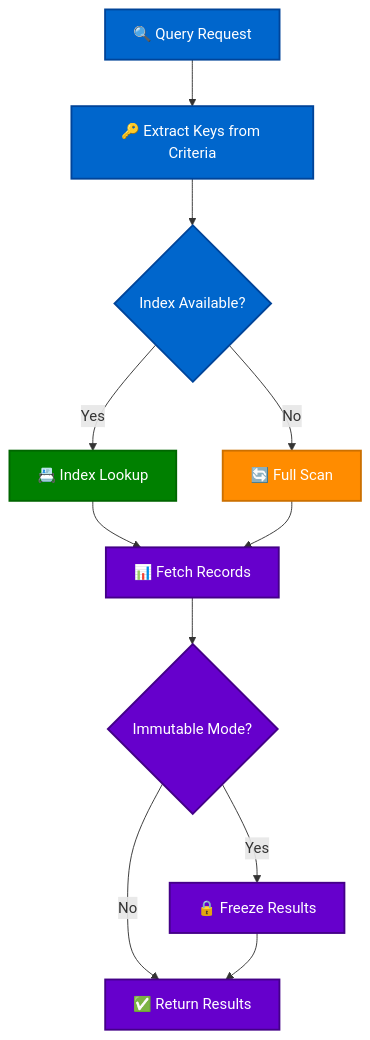
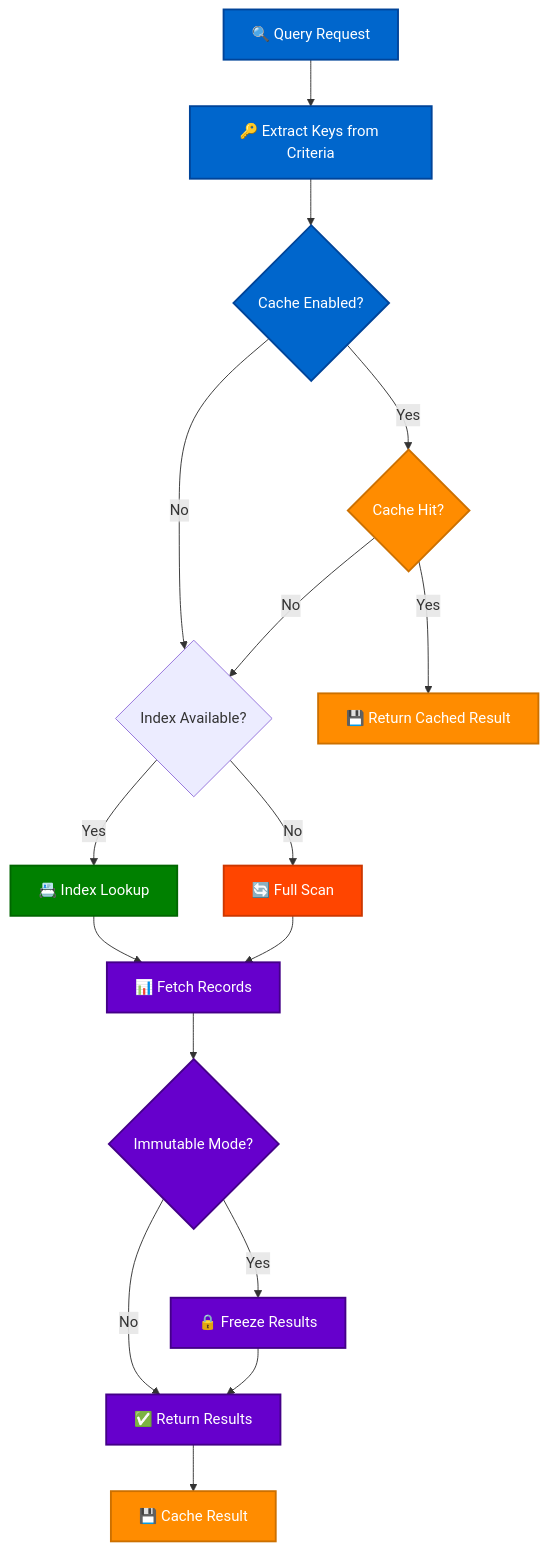
The second of 8 diagrams in docs/TECHNICAL_DOCUMENTATION.md (avoidwork/haro), drawn with Mermaid before and after one commit. The commit also changed other lines of this file and 8 other files, not shown here.

````diff
--- a/docs/TECHNICAL_DOCUMENTATION.md
+++ b/docs/TECHNICAL_DOCUMENTATION.md
@@ -119,29 +131,38 @@
 ```mermaid
 flowchart TD
     A["🔍 Query Request"] --> B["🔑 Extract Keys from Criteria"]
     
-    B --> C{"Index Available?"}
+    B --> C{"Cache Enabled?"}
     
-    C -->|Yes| D["📇 Index Lookup"]
-    C -->|No| E["🔄 Full Scan"]
+    C -->|Yes| D{"Cache Hit?"}
+    C -->|No| E{"Index Available?"}
     
-    D --> F["📊 Fetch Records"]
-    E --> F
+    D -->|Yes| F["💾 Return Cached Result"]
+    D -->|No| E
     
-    F --> G{"Immutable Mode?"}
+    E -->|Yes| G["📇 Index Lookup"]
+    E -->|No| H["🔄 Full Scan"]
     
-    G -->|Yes| H["🔒 Freeze Results"]
-    G -->|No| I["✅ Return Results"]
-    
+    G --> I["📊 Fetch Records"]
     H --> I
     
+    I --> J{"Immutable Mode?"}
+    
+    J -->|Yes| K["🔒 Freeze Results"]
+    J -->|No| L["✅ Return Results"]
+    
+    K --> L
+    L --> M["💾 Cache Result"]
+    
     classDef query fill:#0066CC,stroke:#004499,stroke-width:2px,color:#fff
+    classDef cache fill:#FF8C00,stroke:#CC7000,stroke-width:2px,color:#fff
     classDef index fill:#008000,stroke:#006600,stroke-width:2px,color:#fff
-    classDef scan fill:#FF8C00,stroke:#CC7000,stroke-width:2px,color:#fff
+    classDef scan fill:#FF4500,stroke:#CC3700,stroke-width:2px,color:#fff
     classDef result fill:#6600CC,stroke:#440088,stroke-width:2px,color:#fff
     
     class A,B,C query
-    class D index
-    class E scan
-    class F,G,H,I result
+    class D,F,M cache
+    class G index
+    class H scan
+    class I,J,K,L result
 ```
````
